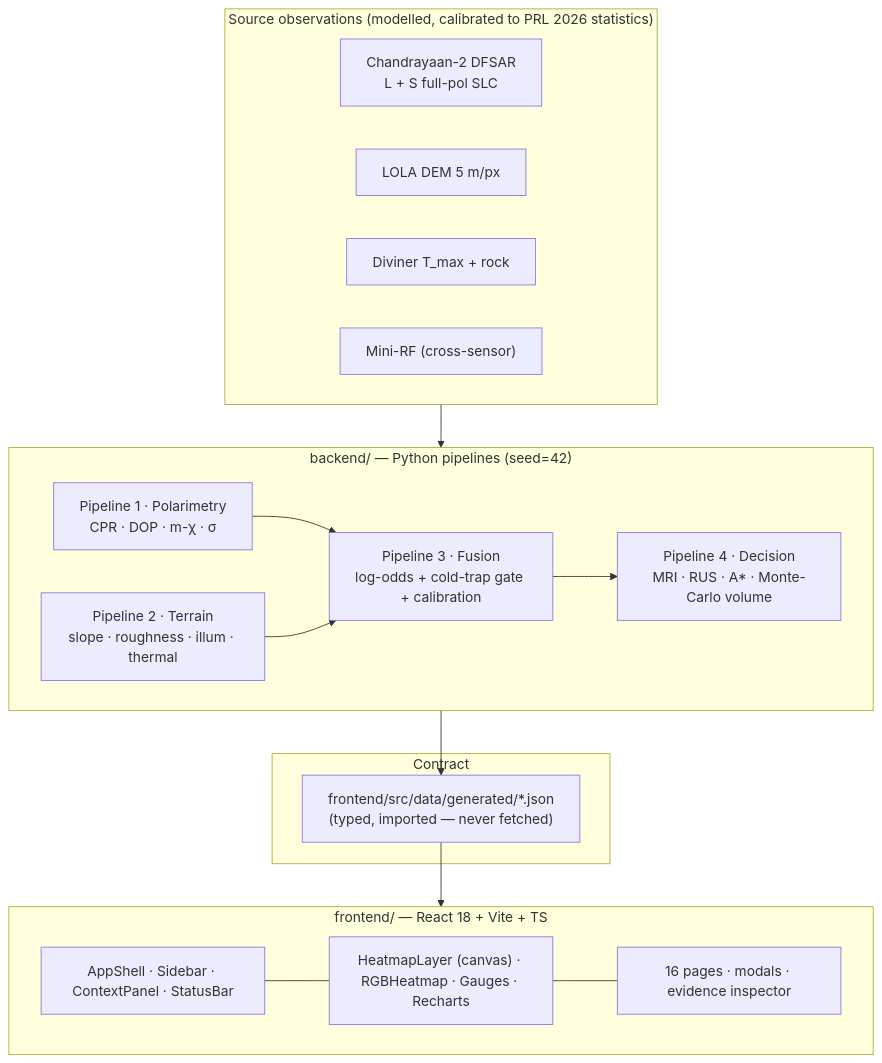
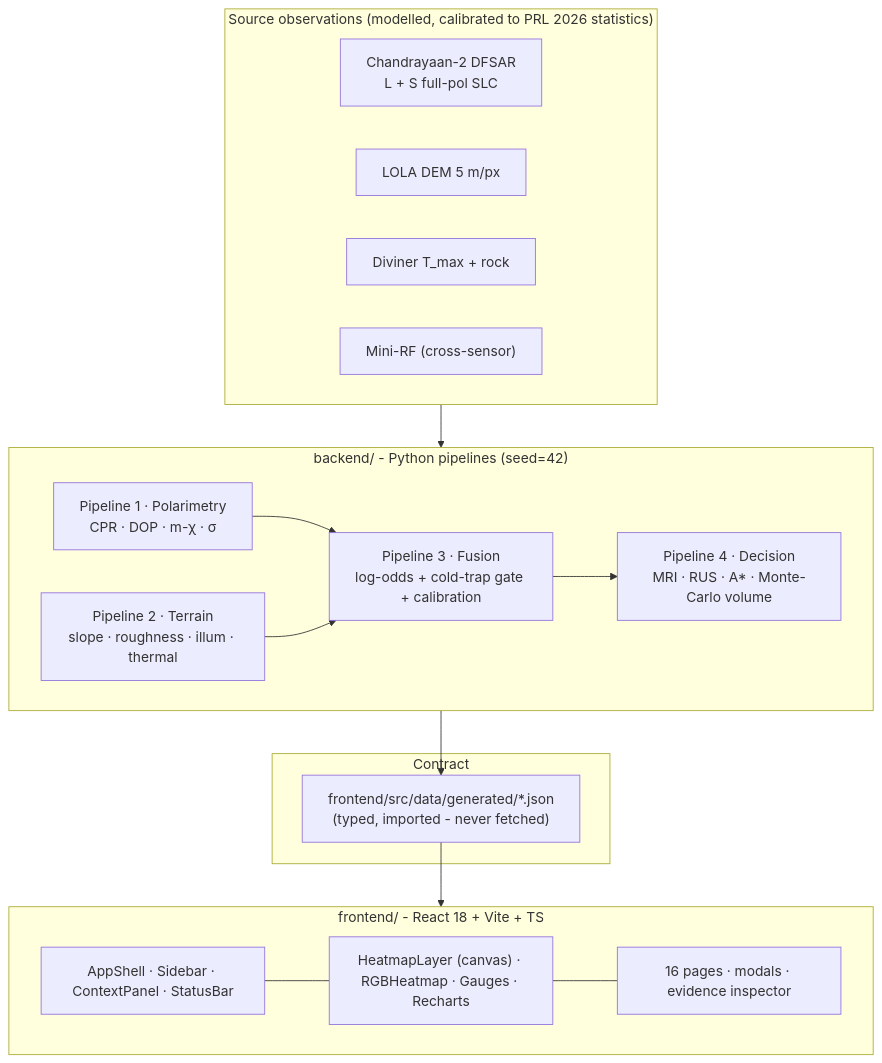
The second of 6 diagrams in README.md (sruj08/amrit), drawn with Mermaid before and after one commit. The commit also changed other lines of this file, not shown here.

````diff
--- a/README.md
+++ b/README.md
@@ -261,32 +261,32 @@
 ```mermaid
 flowchart TB
     subgraph SRC["Source observations (modelled, calibrated to PRL 2026 statistics)"]
         DFSAR["Chandrayaan-2 DFSAR<br/>L + S full-pol SLC"]
         LOLA["LOLA DEM 5 m/px"]
         DIV["Diviner T_max + rock"]
         MINIRF["Mini-RF (cross-sensor)"]
     end
 
-    subgraph BACK["backend/ — Python pipelines (seed=42)"]
+    subgraph BACK["backend/ - Python pipelines (seed=42)"]
         P1["Pipeline 1 · Polarimetry<br/>CPR · DOP · m-χ · σ"]
         P2["Pipeline 2 · Terrain<br/>slope · roughness · illum · thermal"]
         P3["Pipeline 3 · Fusion<br/>log-odds + cold-trap gate + calibration"]
         P4["Pipeline 4 · Decision<br/>MRI · RUS · A* · Monte-Carlo volume"]
         P1 --> P3
         P2 --> P3
         P3 --> P4
     end
 
     subgraph DATA["Contract"]
-        JSON["frontend/src/data/generated/*.json<br/>(typed, imported — never fetched)"]
+        JSON["frontend/src/data/generated/*.json<br/>(typed, imported - never fetched)"]
     end
 
-    subgraph FRONT["frontend/ — React 18 + Vite + TS"]
+    subgraph FRONT["frontend/ - React 18 + Vite + TS"]
         SHELL["AppShell · Sidebar · ContextPanel · StatusBar"]
         VIZ["HeatmapLayer (canvas) · RGBHeatmap · Gauges · Recharts"]
         PAGES["16 pages · modals · evidence inspector"]
     end
 
     SRC --> BACK --> JSON --> FRONT
     SHELL --- VIZ --- PAGES
 ```
````
